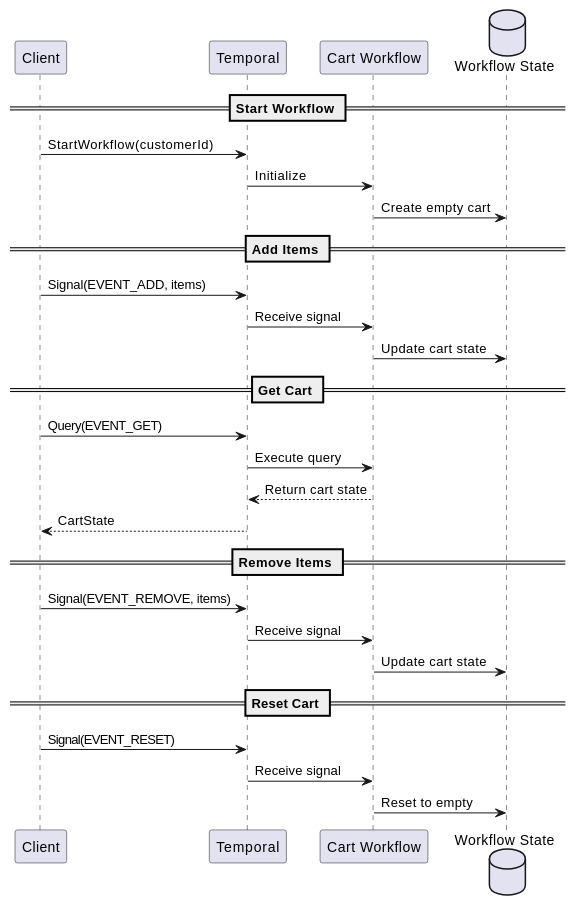
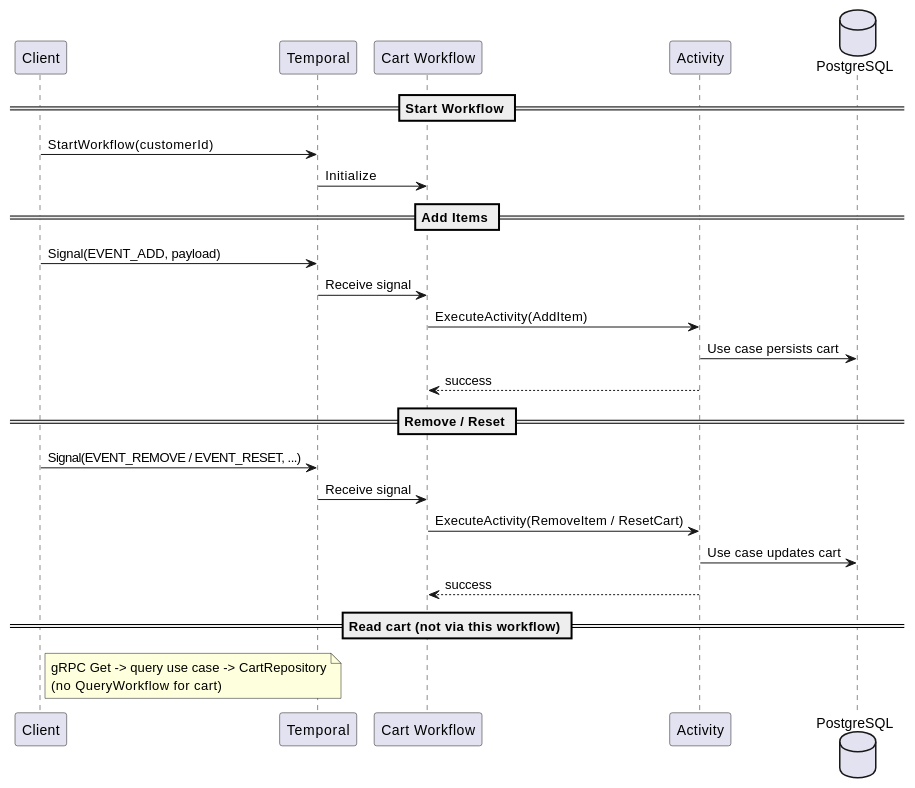
The first of 2 diagrams in oms/internal/workers/README.md (shortlink-org/shop), drawn with PlantUML before and after one commit. The commit also changed other lines of this file and 5 other files, not shown here.

````diff
--- a/oms/internal/workers/README.md
+++ b/oms/internal/workers/README.md
@@ -51,35 +49,34 @@
 ```plantuml
 @startuml Cart_Workflow
 participant Client
 participant "Temporal" as T
 participant "Cart Workflow" as CW
-database "Workflow State" as WS
+participant "Activity" as A
+database "PostgreSQL" as DB
 
 == Start Workflow ==
 Client -> T: StartWorkflow(customerId)
 T -> CW: Initialize
-CW -> WS: Create empty cart
 
 == Add Items ==
-Client -> T: Signal(EVENT_ADD, items)
+Client -> T: Signal(EVENT_ADD, payload)
 T -> CW: Receive signal
-CW -> WS: Update cart state
+CW -> A: ExecuteActivity(AddItem)
+A -> DB: Use case persists cart
+A --> CW: success
 
-== Get Cart ==
-Client -> T: Query(EVENT_GET)
-T -> CW: Execute query
-CW --> T: Return cart state
-T --> Client: CartState
+== Remove / Reset ==
+Client -> T: Signal(EVENT_REMOVE / EVENT_RESET, ...)
+T -> CW: Receive signal
+CW -> A: ExecuteActivity(RemoveItem / ResetCart)
+A -> DB: Use case updates cart
+A --> CW: success
 
-== Remove Items ==
-Client -> T: Signal(EVENT_REMOVE, items)
-T -> CW: Receive signal
-CW -> WS: Update cart state
-
-== Reset Cart ==
-Client -> T: Signal(EVENT_RESET)
-T -> CW: Receive signal
-CW -> WS: Reset to empty
+== Read cart (not via this workflow) ==
+note right of Client
+  gRPC Get -> query use case -> CartRepository
+  (no QueryWorkflow for cart)
+end note
 
 @enduml
 ```
````
